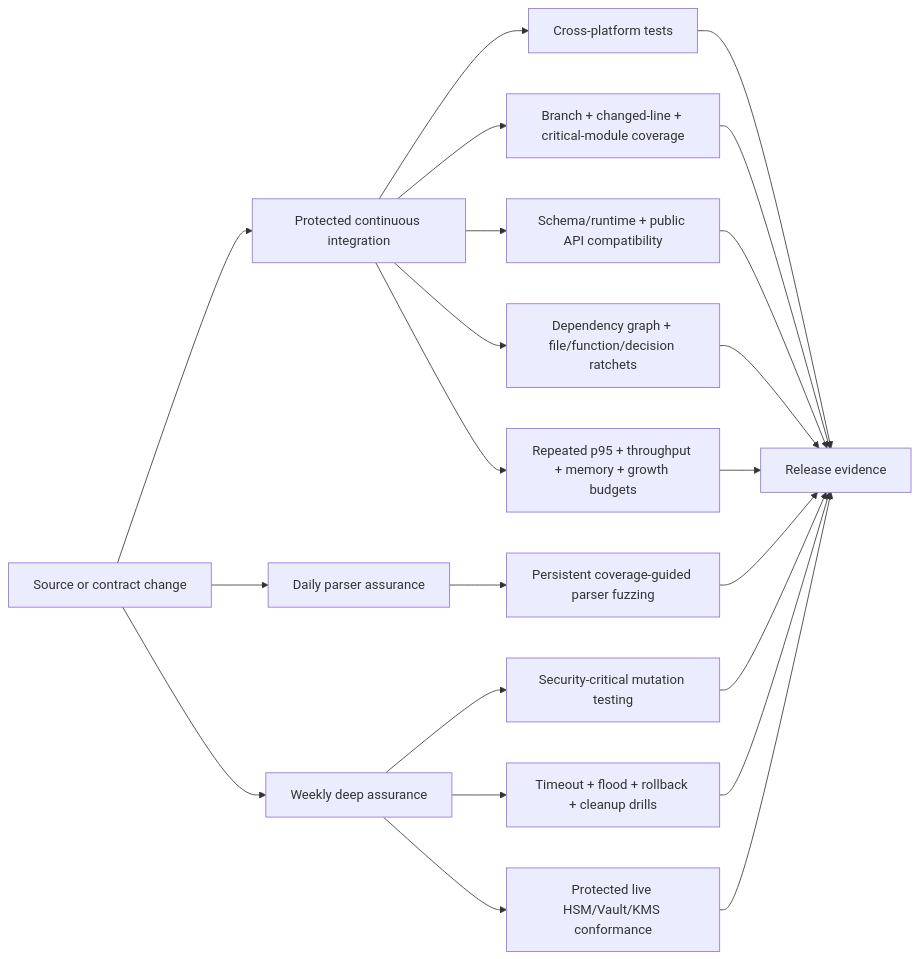
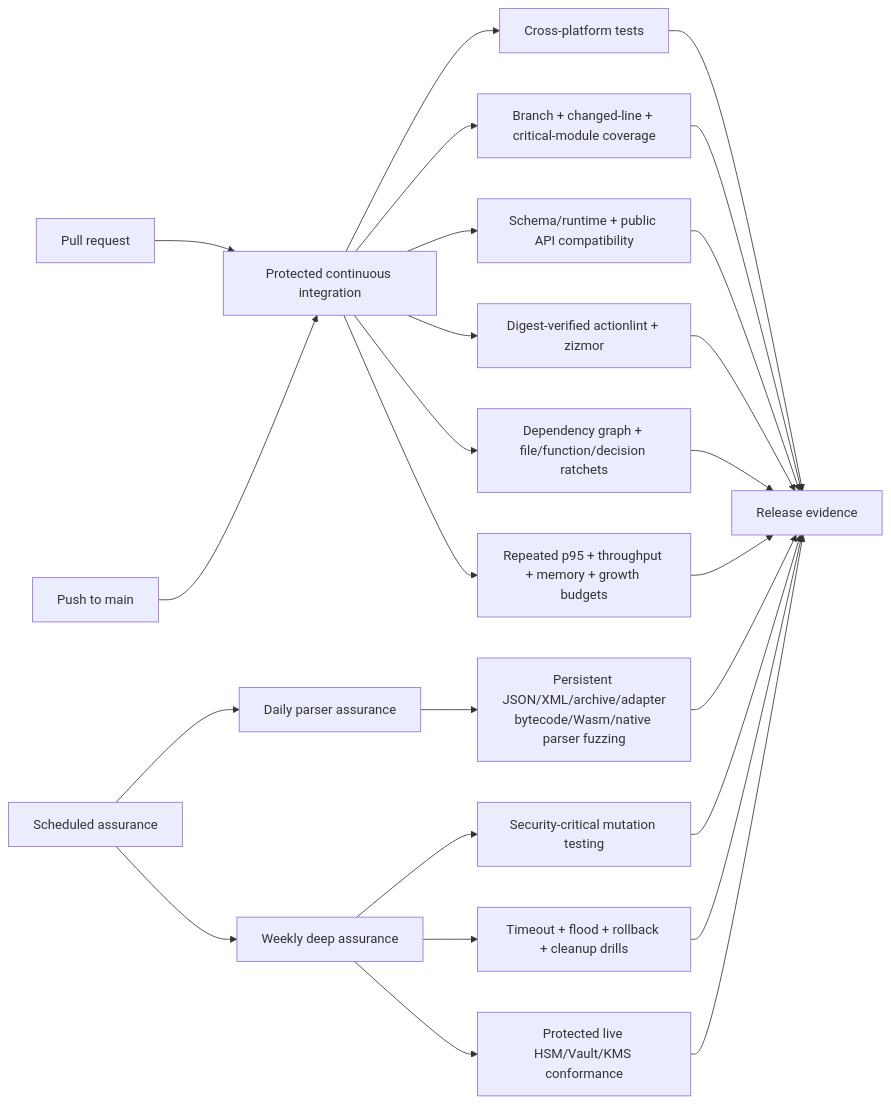
One commit to willtran87/project-py-security-suite changed the ninth of 20 diagrams in docs/design.md. Above: the diagram before and after it, drawn with Mermaid. The commit also changed other lines of this file and 68 other files, not shown here.

````diff
--- a/docs/design.md
+++ b/docs/design.md
@@ -418,24 +419,27 @@
 ```mermaid
 flowchart LR
-    Change[Source or contract change] --> CI[Protected continuous integration]
+    PullRequest[Pull request] --> CI[Protected continuous integration]
+    MainPush[Push to main] --> CI
     CI --> Tests[Cross-platform tests]
     CI --> Coverage[Branch + changed-line + critical-module coverage]
     CI --> Schema[Schema/runtime + public API compatibility]
+    CI --> Workflow[Digest-verified actionlint + zizmor]
     CI --> Architecture[Dependency graph + file/function/decision ratchets]
     CI --> Performance[Repeated p95 + throughput + memory + growth budgets]
-    Change --> Daily[Daily parser assurance]
-    Daily --> Fuzz[Persistent coverage-guided parser fuzzing]
-    Change --> Weekly[Weekly deep assurance]
+    Schedule[Scheduled assurance] --> Daily[Daily parser assurance]
+    Daily --> Fuzz[Persistent JSON/XML/archive/adapter<br/>bytecode/Wasm/native parser fuzzing]
+    Schedule --> Weekly[Weekly deep assurance]
     Weekly --> Mutation[Security-critical mutation testing]
     Weekly --> Resilience[Timeout + flood + rollback + cleanup drills]
     Weekly --> Providers[Protected live HSM/Vault/KMS conformance]
     Tests --> Gate[Release evidence]
     Coverage --> Gate
     Schema --> Gate
+    Workflow --> Gate
     Architecture --> Gate
     Performance --> Gate
     Mutation --> Gate
     Fuzz --> Gate
     Resilience --> Gate
     Providers --> Gate
 ```
````
